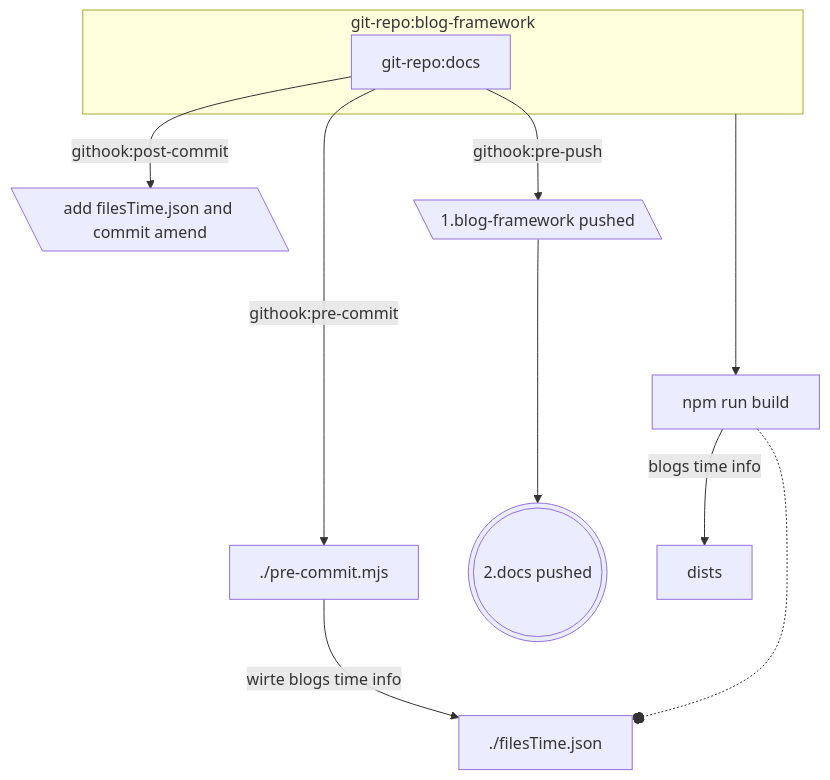
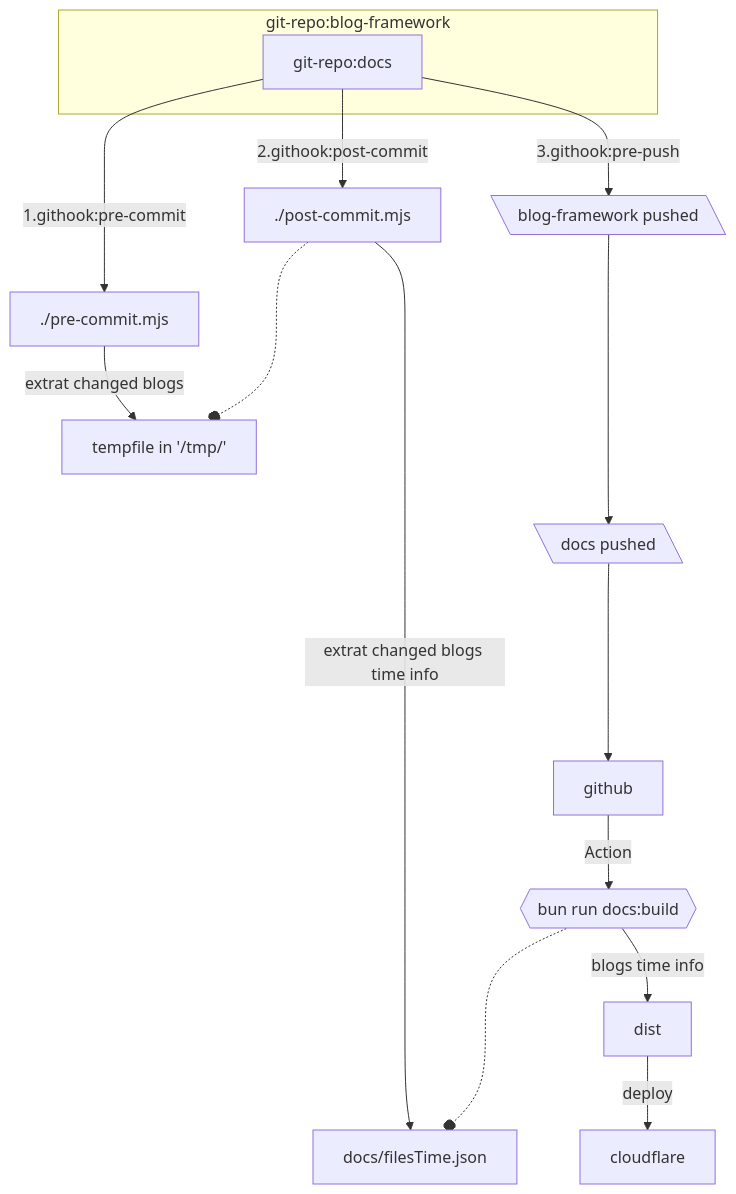
One commit to zerlei/me changed the diagram in readme.md. Above: the diagram before and after it, drawn with Mermaid. The commit also changed other lines of this file and 3 other files, not shown here.

````diff
--- a/readme.md
+++ b/readme.md
@@ -264,26 +268,31 @@
 ```mermaid
-
 graph
 
 subgraph blog-framework[git-repo:blog-framework]
     docs[git-repo:docs]
 end
 
-docs --githook:pre-commit--> pre-commit[./pre-commit.mjs]
+docs --1.githook:pre-commit--> pre-commit[./pre-commit.mjs]
 
 %% blog-framework -.include.-o pre-commit
 
-pre-commit --wirte blogs time info --> filesTime[./filesTime.json]
+pre-commit --extrat changed blogs --> tempfile[tempfile in '/tmp/']
 
-docs --githook:post-commit--> hook-commit@{ shape: lean-l, label: "add filesTime.json and commit amend" }
+docs --2.githook:post-commit--> post-commit[./post-commit.mjs]
 
-docs --githook:pre-push--> stop1@{ shape: lean-l, label: "1.blog-framework pushed" }
-stop1 ----> stop2@{shape: dbl-circ,label: "2.docs pushed"}
+post-commit -..-o tempfile
 
+post-commit --extrat changed blogs time info --> filesTime[docs/filesTime.json]
 
-blog-framework ---->build[npm run build]
+docs --3.githook:pre-push--> stop1@{ shape: lean-l, label: "blog-framework pushed" }
+stop1 ----> stop2@{shape: lean-l,label: "docs pushed"}
+stop2 ----> github
+
+github --Action-->build{{bun run docs:build}}
 
 build-..-o filesTime
-build --blogs time info -->dists
+build --blogs time info -->dist
+
+dist --deploy-->cloudflare
 
 ```
````
